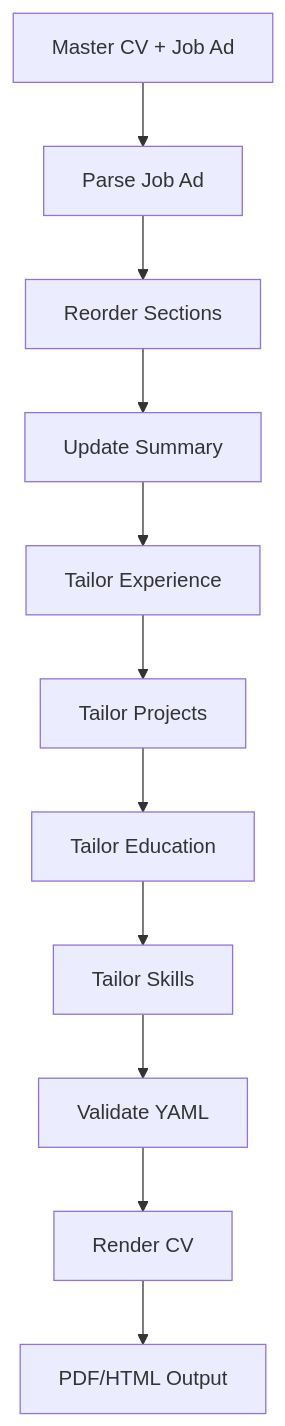
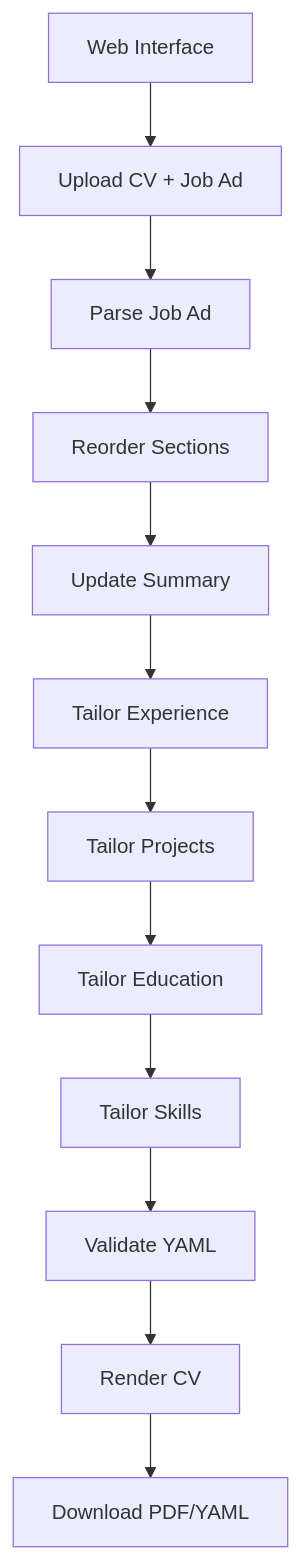
Before and after one commit to nigelnuique/resume_agent: the diagram in README.md, drawn with Mermaid. The commit also changed other lines of this file and 26 other files, not shown here.

````diff
--- a/README.md
+++ b/README.md
@@ -240,13 +232,14 @@
 ```mermaid
 graph TD
-    A[Master CV + Job Ad] --> B[Parse Job Ad]
-    B --> C[Reorder Sections]
-    C --> D[Update Summary]
-    D --> E[Tailor Experience]
-    E --> F[Tailor Projects]
-    F --> G[Tailor Education]
-    G --> H[Tailor Skills]
-    H --> I[Validate YAML]
-    I --> J[Render CV]
-    J --> K[PDF/HTML Output]
+    A[Web Interface] --> B[Upload CV + Job Ad]
+    B --> C[Parse Job Ad]
+    C --> D[Reorder Sections]
+    D --> E[Update Summary]
+    E --> F[Tailor Experience]
+    F --> G[Tailor Projects]
+    G --> H[Tailor Education]
+    H --> I[Tailor Skills]
+    I --> J[Validate YAML]
+    J --> K[Render CV]
+    K --> L[Download PDF/YAML]
 ```
````
